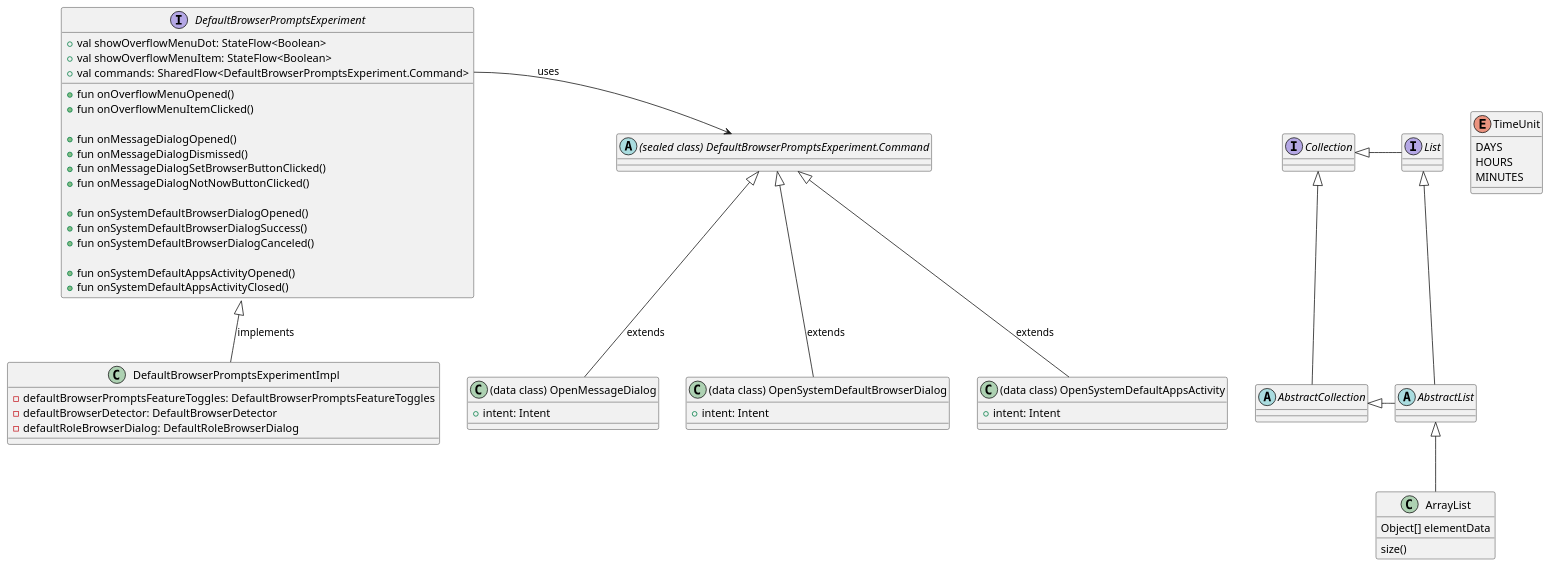
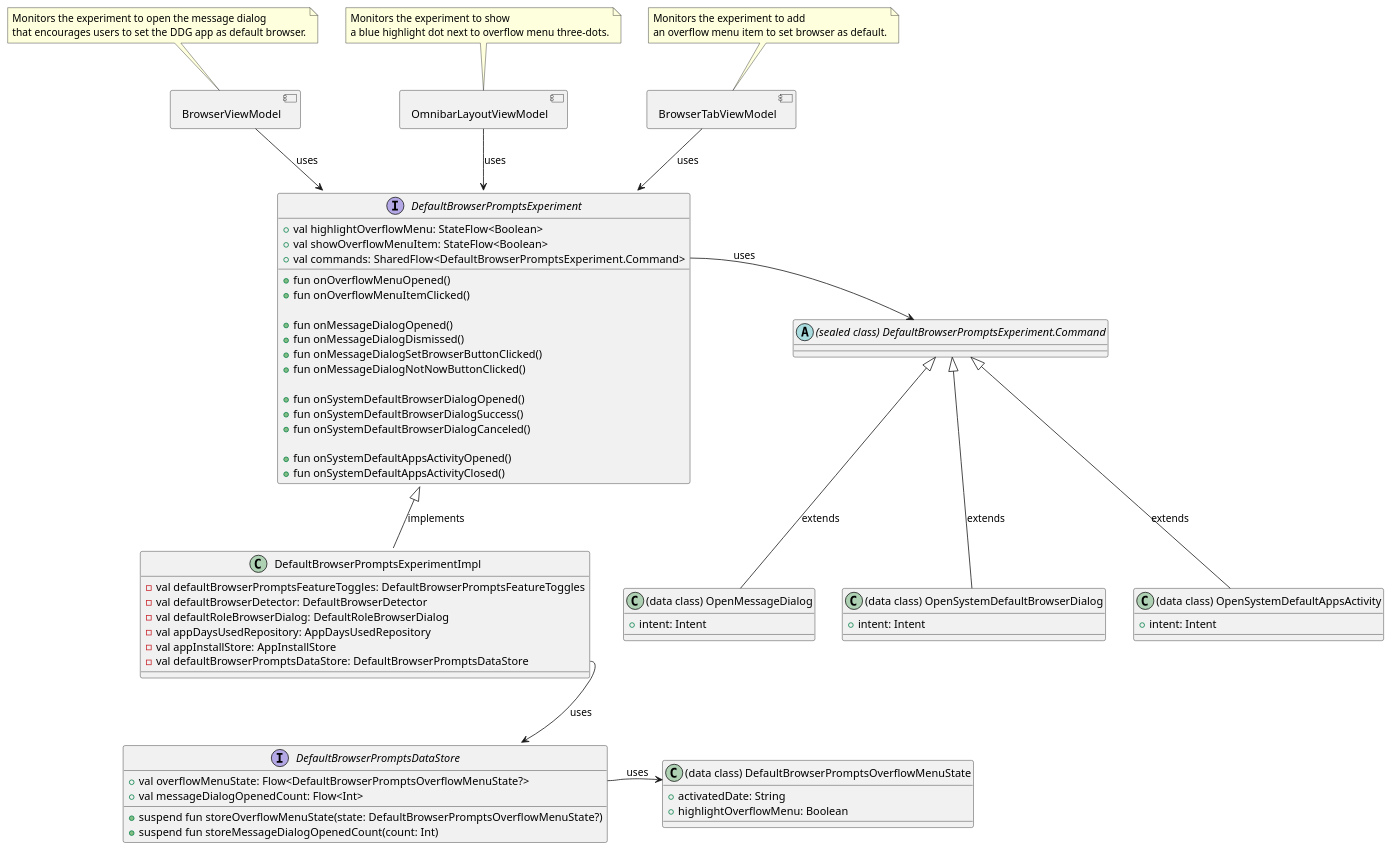
The diagram in app/src/main/java/com/duckduckgo/app/browser/defaultbrowsing/prompts/default_browser_prompts_experiment.puml (duckduckgo/Android), drawn with PlantUML before and after one commit. The commit also changed 1 other file, not shown here.

```diff
--- a/app/src/main/java/com/duckduckgo/app/browser/defaultbrowsing/prompts/default_browser_prompts_experiment.puml
+++ b/app/src/main/java/com/duckduckgo/app/browser/defaultbrowsing/prompts/default_browser_prompts_experiment.puml
@@ -1,75 +1,94 @@
 @startuml
+allowmixing
+
+abstract class DefaultBrowserPromptsExperimentCommand as "(sealed class) DefaultBrowserPromptsExperiment.Command"
+
+class OpenMessageDialog as "(data class) OpenMessageDialog" {
+  + intent: Intent
+}
+
+class OpenSystemDefaultBrowserDialog as "(data class) OpenSystemDefaultBrowserDialog" {
+  + intent: Intent
+}
+
+class OpenSystemDefaultAppsActivity as "(data class) OpenSystemDefaultAppsActivity" {
+  + intent: Intent
+}
+
+DefaultBrowserPromptsExperimentCommand <|-- OpenMessageDialog : extends
+DefaultBrowserPromptsExperimentCommand <|-- OpenSystemDefaultBrowserDialog : extends
+DefaultBrowserPromptsExperimentCommand <|-- OpenSystemDefaultAppsActivity : extends
 
 interface DefaultBrowserPromptsExperiment {
-  + val showOverflowMenuDot: StateFlow<Boolean>
+  + val highlightOverflowMenu: StateFlow<Boolean>
   + val showOverflowMenuItem: StateFlow<Boolean>
   + val commands: SharedFlow<DefaultBrowserPromptsExperiment.Command>
 
   + fun onOverflowMenuOpened()
   + fun onOverflowMenuItemClicked()
 
   + fun onMessageDialogOpened()
   + fun onMessageDialogDismissed()
   + fun onMessageDialogSetBrowserButtonClicked()
   + fun onMessageDialogNotNowButtonClicked()
 
   + fun onSystemDefaultBrowserDialogOpened()
   + fun onSystemDefaultBrowserDialogSuccess()
   + fun onSystemDefaultBrowserDialogCanceled()
 
   + fun onSystemDefaultAppsActivityOpened()
   + fun onSystemDefaultAppsActivityClosed()
 }
 
-abstract class DefaultBrowserPromptsExperimentCommand as "(sealed class) DefaultBrowserPromptsExperiment.Command"
+DefaultBrowserPromptsExperiment::commands -> DefaultBrowserPromptsExperimentCommand : uses
 
-class OpenMessageDialog as "(data class) OpenMessageDialog" {
-  + intent: Intent
+class DefaultBrowserPromptsOverflowMenuState as "(data class) DefaultBrowserPromptsOverflowMenuState" {
+  + activatedDate: String
+  + highlightOverflowMenu: Boolean
 }
 
-class OpenSystemDefaultBrowserDialog as "(data class) OpenSystemDefaultBrowserDialog" {
-  + intent: Intent
+interface DefaultBrowserPromptsDataStore {
+  + val overflowMenuState: Flow<DefaultBrowserPromptsOverflowMenuState?>
+  + val messageDialogOpenedCount: Flow<Int>
+
+  + suspend fun storeOverflowMenuState(state: DefaultBrowserPromptsOverflowMenuState?)
+  + suspend fun storeMessageDialogOpenedCount(count: Int)
 }
 
-class OpenSystemDefaultAppsActivity as "(data class) OpenSystemDefaultAppsActivity" {
-  + intent: Intent
-}
-
-DefaultBrowserPromptsExperimentCommand <|-- OpenMessageDialog : extends
-DefaultBrowserPromptsExperimentCommand <|-- OpenSystemDefaultBrowserDialog : extends
-DefaultBrowserPromptsExperimentCommand <|-- OpenSystemDefaultAppsActivity : extends
-
-DefaultBrowserPromptsExperiment::commands -> DefaultBrowserPromptsExperimentCommand : uses
+DefaultBrowserPromptsDataStore::overflowMenuState -> DefaultBrowserPromptsOverflowMenuState : uses
 
 class DefaultBrowserPromptsExperimentImpl {
-  - defaultBrowserPromptsFeatureToggles: DefaultBrowserPromptsFeatureToggles
-  - defaultBrowserDetector: DefaultBrowserDetector
-  - defaultRoleBrowserDialog: DefaultRoleBrowserDialog
+  - val defaultBrowserPromptsFeatureToggles: DefaultBrowserPromptsFeatureToggles
+  - val defaultBrowserDetector: DefaultBrowserDetector
+  - val defaultRoleBrowserDialog: DefaultRoleBrowserDialog
+  - val appDaysUsedRepository: AppDaysUsedRepository
+  - val appInstallStore: AppInstallStore
+  - val defaultBrowserPromptsDataStore: DefaultBrowserPromptsDataStore
 }
 
 DefaultBrowserPromptsExperiment <|-- DefaultBrowserPromptsExperimentImpl : implements
 
-abstract class AbstractList
-abstract AbstractCollection
-interface List
-interface Collection
+DefaultBrowserPromptsExperimentImpl::defaultBrowserPromptsDataStore --> DefaultBrowserPromptsDataStore : uses
 
-List <|-- AbstractList
-Collection <|-- AbstractCollection
+component BrowserViewModel
+BrowserViewModel --> DefaultBrowserPromptsExperiment : uses
+note top of BrowserViewModel
+  Monitors the experiment to open the message dialog
+  that encourages users to set the DDG app as default browser.
+end note
 
-Collection <|- List
-AbstractCollection <|- AbstractList
-AbstractList <|-- ArrayList
+component OmnibarLayoutViewModel
+OmnibarLayoutViewModel --> DefaultBrowserPromptsExperiment : uses
+note top of OmnibarLayoutViewModel
+  Monitors the experiment to show
+  a blue highlight dot next to overflow menu three-dots.
+end note
 
-class ArrayList {
-Object[] elementData
-size()
-}
-
-enum TimeUnit {
-DAYS
-HOURS
-MINUTES
-}
+component BrowserTabViewModel
+BrowserTabViewModel --> DefaultBrowserPromptsExperiment : uses
+note top of BrowserTabViewModel
+  Monitors the experiment to add
+  an overflow menu item to set browser as default.
+end note
 
 @enduml
```
